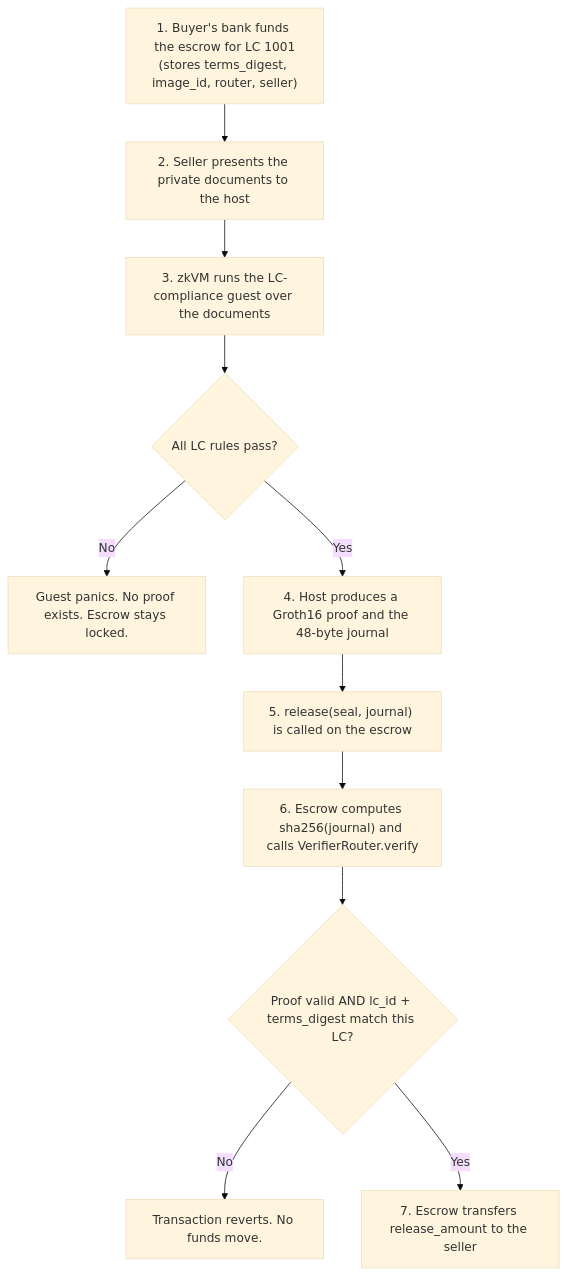
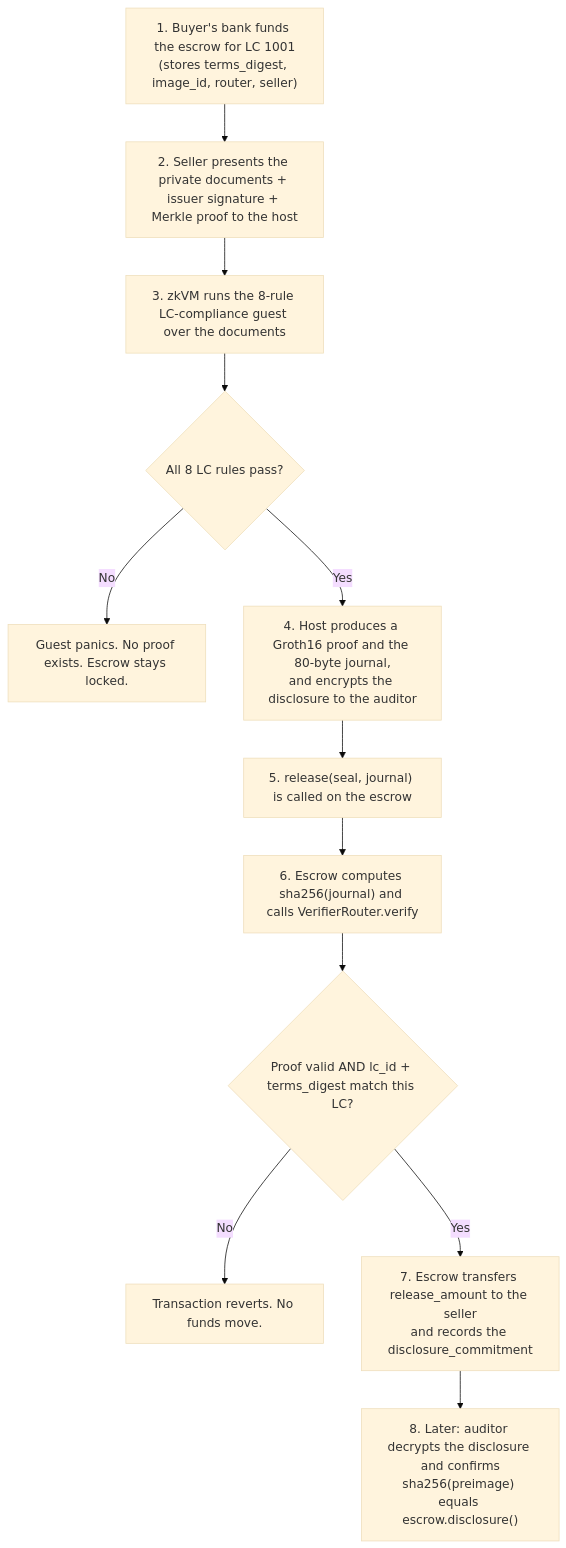
The second of 2 diagrams in README.md (FlemingJohn/bill-of-zero), drawn with Mermaid (base theme) before and after one commit. The commit also changed other lines of this file, not shown here.

Commit message:
docs: update README for 8 rules, Merkle/range/issuer-sig/view-key, and Poseidon demo

````diff
--- a/README.md
+++ b/README.md
@@ -74,20 +88,21 @@
 ```mermaid
 flowchart TD
     A["1. Buyer's bank funds the escrow for LC 1001<br/>(stores terms_digest, image_id, router, seller)"]
-    B["2. Seller presents the private documents to the host"]
-    C["3. zkVM runs the LC-compliance guest over the documents"]
-    D{"All LC rules pass?"}
+    B["2. Seller presents the private documents + issuer signature + Merkle proof to the host"]
+    C["3. zkVM runs the 8-rule LC-compliance guest over the documents"]
+    D{"All 8 LC rules pass?"}
     E["Guest panics. No proof exists. Escrow stays locked."]
-    F["4. Host produces a Groth16 proof and the 48-byte journal"]
+    F["4. Host produces a Groth16 proof and the 80-byte journal,<br/>and encrypts the disclosure to the auditor"]
     G["5. release(seal, journal) is called on the escrow"]
     H["6. Escrow computes sha256(journal) and calls VerifierRouter.verify"]
     I{"Proof valid AND lc_id + terms_digest match this LC?"}
     J["Transaction reverts. No funds move."]
-    K["7. Escrow transfers release_amount to the seller"]
+    K["7. Escrow transfers release_amount to the seller<br/>and records the disclosure_commitment"]
+    L["8. Later: auditor decrypts the disclosure and confirms<br/>sha256(preimage) equals escrow.disclosure()"]
 
     A --> B --> C --> D
     D -- No --> E
     D -- Yes --> F --> G --> H --> I
     I -- No --> J
-    I -- Yes --> K
+    I -- Yes --> K --> L
 ```
````
